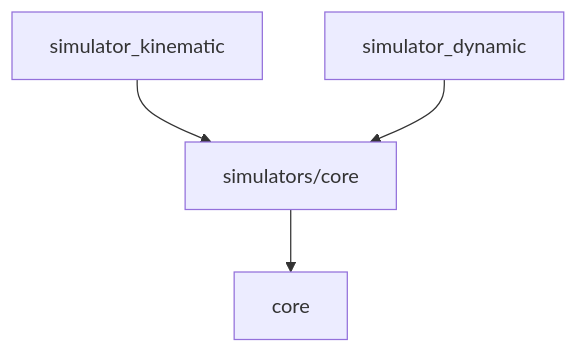
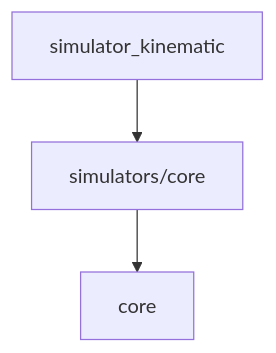
Before and after one commit to masahiro-kubota/python-self-driving-simulator: the diagram in simulators/README.md, drawn with Mermaid. The commit also changed other lines of this file and 16 other files, not shown here.

Commit message:
fix!: remove dynamic simulator

````diff
--- a/simulators/README.md
+++ b/simulators/README.md
@@ -24,6 +23,5 @@
 ```mermaid
 graph TD
     Kinematic[simulator_kinematic] --> Core[simulators/core]
-    Dynamic[simulator_dynamic] --> Core
     Core --> Base[core]
 ```
````
